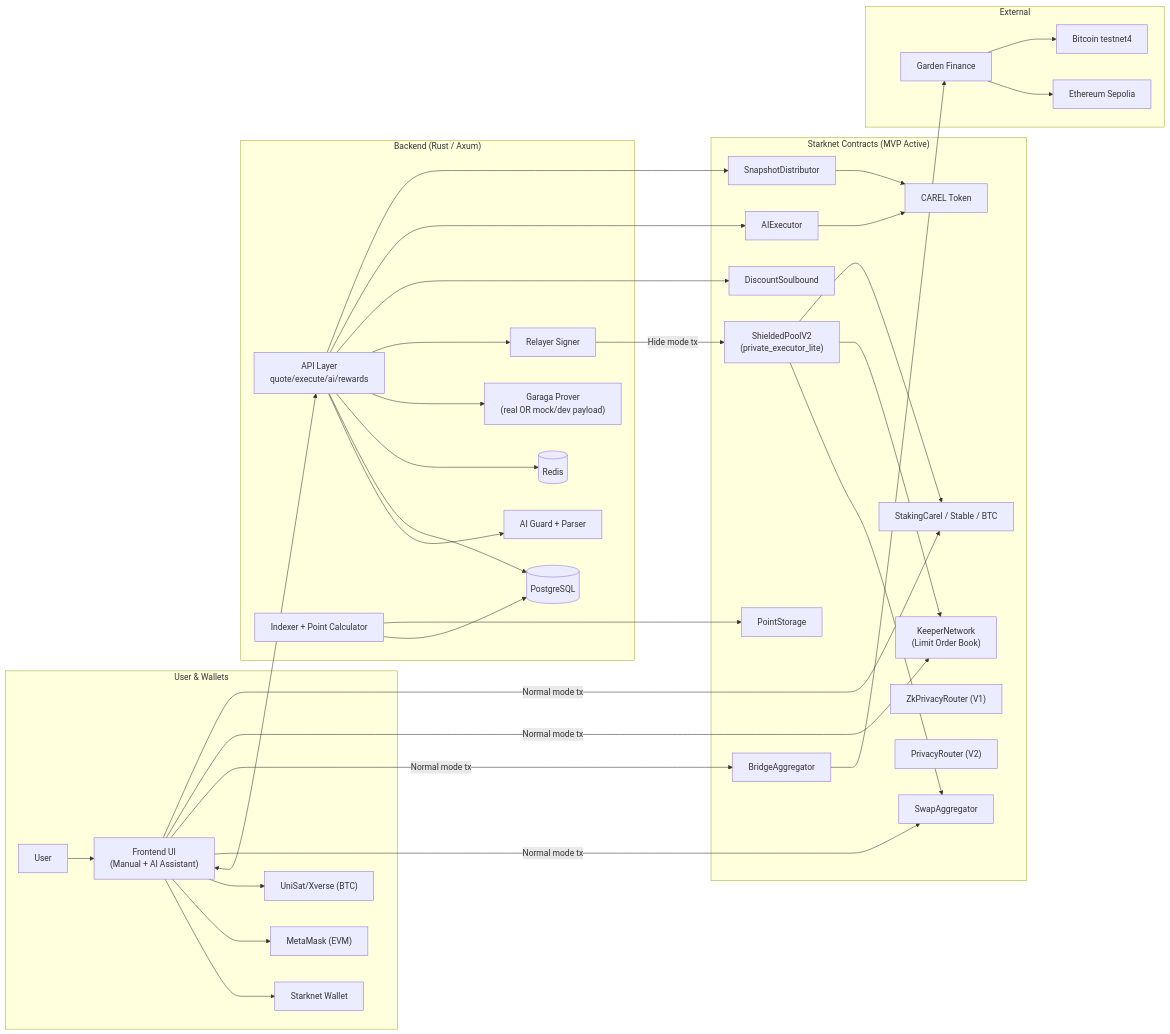
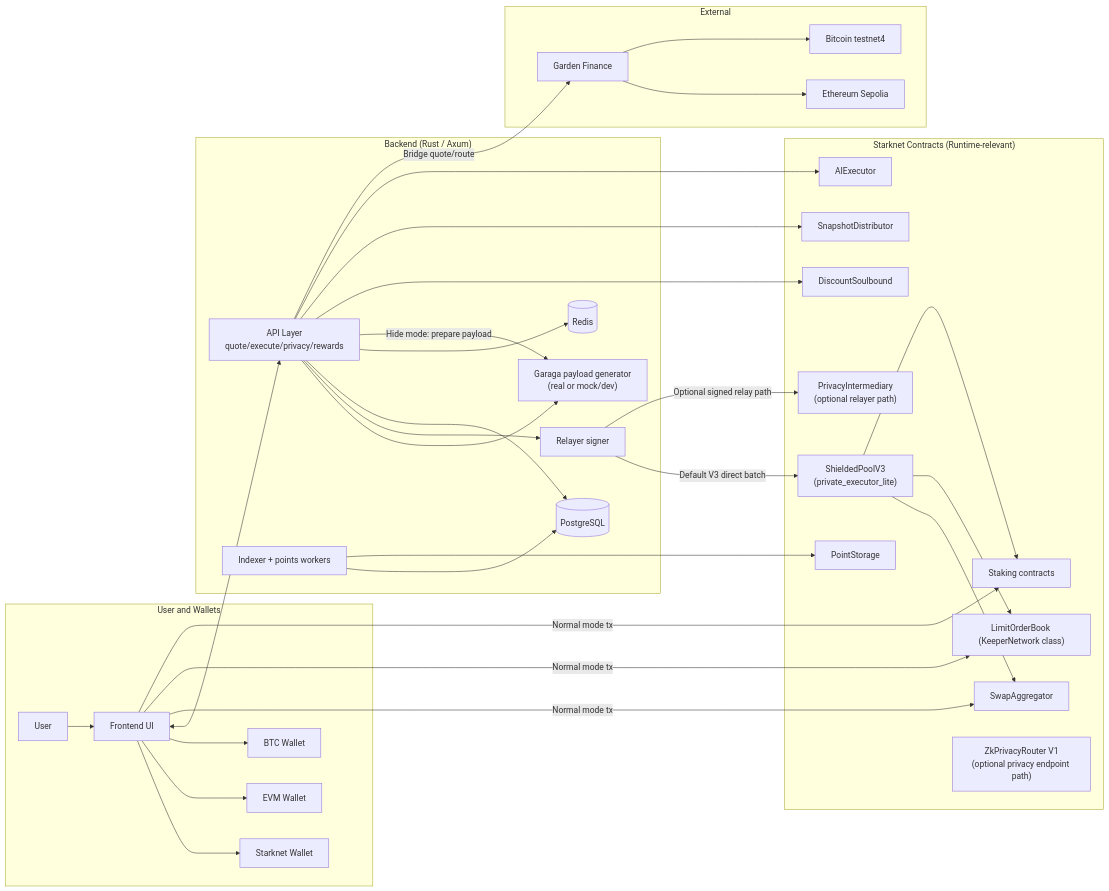
The first of 4 diagrams in docs/architecture_mvp_modes.md (ntfound-dev/zkcarel_protocol), drawn with Mermaid before and after one commit. The commit also changed other lines of this file and 25 other files, not shown here.

````diff
--- a/docs/architecture_mvp_modes.md
+++ b/docs/architecture_mvp_modes.md
@@ -19,74 +29,70 @@
 ```mermaid
 flowchart LR
-    subgraph USER["User & Wallets"]
+    subgraph USER["User and Wallets"]
         U["User"]
-        UI["Frontend UI\n(Manual + AI Assistant)"]
-        SNW["Starknet Wallet"]
-        EVMW["MetaMask (EVM)"]
-        BTCW["UniSat/Xverse (BTC)"]
-        U --> UI
-        UI --> SNW
-        UI --> EVMW
-        UI --> BTCW
+        FE["Frontend UI"]
+        SW["Starknet Wallet"]
+        EW["EVM Wallet"]
+        BW["BTC Wallet"]
+        U --> FE
+        FE --> SW
+        FE --> EW
+        FE --> BW
     end
 
     subgraph BE["Backend (Rust / Axum)"]
-        API["API Layer\nquote/execute/ai/rewards"]
-        AI["AI Guard + Parser"]
-        RELAYER["Relayer Signer"]
-        PROVER["Garaga Prover\n(real OR mock/dev payload)"]
-        IDX["Indexer + Point Calculator"]
+        API["API Layer\nquote/execute/privacy/rewards"]
+        PROVER["Garaga payload generator\n(real or mock/dev)"]
+        RELAYER["Relayer signer"]
+        IDX["Indexer + points workers"]
         DB[("PostgreSQL")]
         REDIS[("Redis")]
-        API --> AI
+        API --> PROVER
+        API --> RELAYER
         API --> DB
         API --> REDIS
         IDX --> DB
     end
 
-    subgraph SC["Starknet Contracts (MVP Active)"]
+    subgraph SC["Starknet Contracts (Runtime-relevant)"]
         SWAP["SwapAggregator"]
-        BRIDGE["BridgeAggregator"]
-        LOB["KeeperNetwork\n(Limit Order Book)"]
-        STAKING["StakingCarel / Stable / BTC"]
-        EXEC["ShieldedPoolV2\n(private_executor_lite)"]
-        ZKV1["ZkPrivacyRouter (V1)"]
-        ZKV2["PrivacyRouter (V2)"]
+        LOB["LimitOrderBook (KeeperNetwork class)"]
+        STAKE["Staking contracts"]
+        EXECV3["ShieldedPoolV3\n(private_executor_lite)"]
+        INTERM["PrivacyIntermediary\n(optional relayer path)"]
+        ZKV1["ZkPrivacyRouter V1\n(optional privacy endpoint path)"]
         AIEXEC["AIExecutor"]
         NFT["DiscountSoulbound"]
         POINTS["PointStorage"]
         SNAP["SnapshotDistributor"]
-        CAREL["CAREL Token"]
     end
 
     subgraph EXT["External"]
         GARDEN["Garden Finance"]
         ETH["Ethereum Sepolia"]
         BTC["Bitcoin testnet4"]
     end
 
-    UI <--> API
+    FE <--> API
 
-    UI -->|"Normal mode tx"| SWAP
-    UI -->|"Normal mode tx"| BRIDGE
-    UI -->|"Normal mode tx"| LOB
-    UI -->|"Normal mode tx"| STAKING
+    FE -->|"Normal mode tx"| SWAP
+    FE -->|"Normal mode tx"| LOB
+    FE -->|"Normal mode tx"| STAKE
 
-    API --> PROVER
-    API --> RELAYER
-    RELAYER -->|"Hide mode tx"| EXEC
-    EXEC --> SWAP
-    EXEC --> LOB
-    EXEC --> STAKING
+    API -->|"Hide mode: prepare payload"| PROVER
+    RELAYER -->|"Default V3 direct batch"| EXECV3
+    RELAYER -->|"Optional signed relay path"| INTERM
+
+    EXECV3 --> SWAP
+    EXECV3 --> LOB
+    EXECV3 --> STAKE
 
     API --> NFT
-    API --> AIEXEC
-    AIEXEC --> CAREL
     IDX --> POINTS
     API --> SNAP
-    SNAP --> CAREL
+    API --> AIEXEC
 
-    BRIDGE --> GARDEN
+    API -->|"Bridge quote/route"| GARDEN
     GARDEN --> ETH
     GARDEN --> BTC
 ```
````
